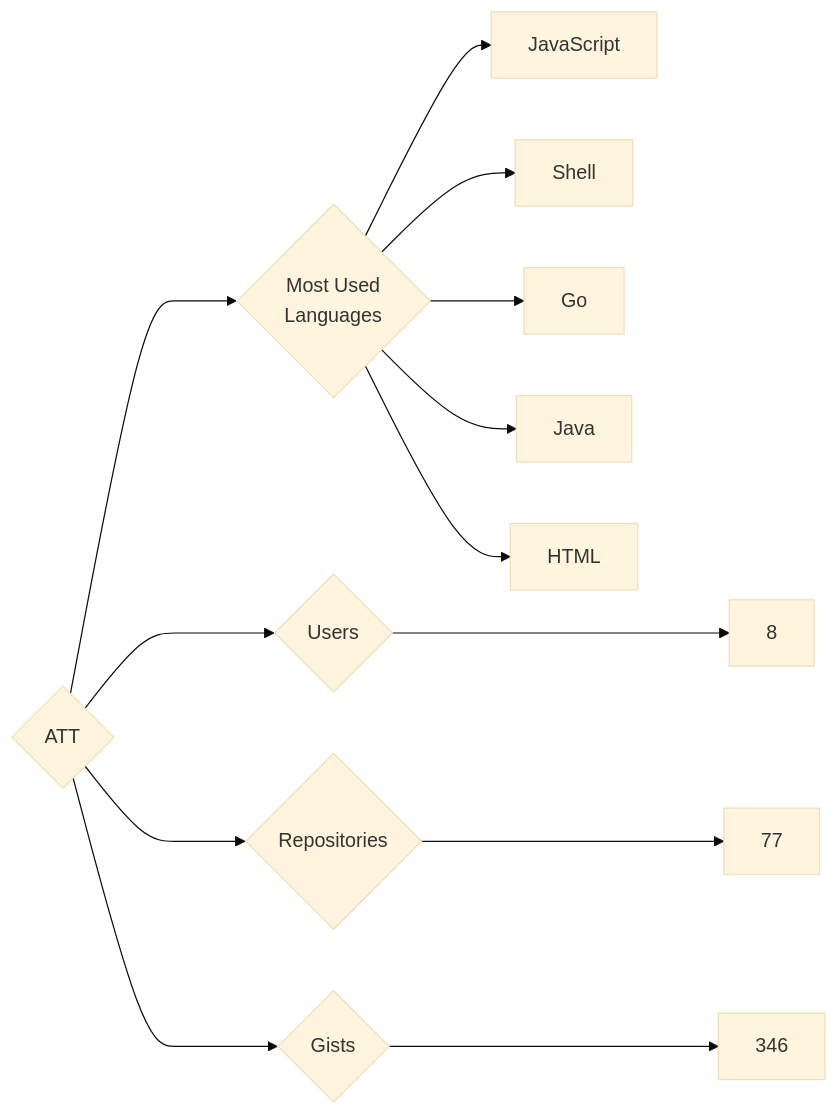
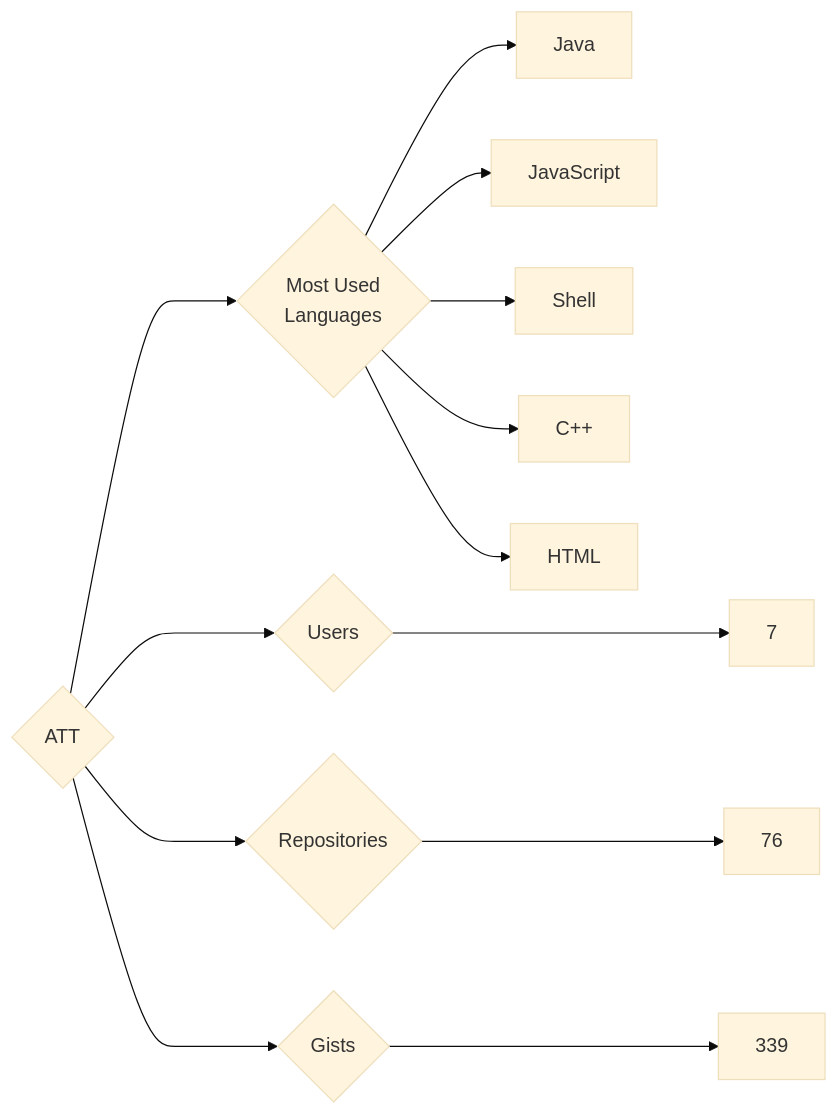
The diagram in targets/ATT/README.md (trickest/insiders), drawn with Mermaid (base theme) before and after one commit. The commit also changed 932 other files, not shown here.

````diff
--- a/targets/ATT/README.md
+++ b/targets/ATT/README.md
@@ -3,13 +3,13 @@
 ```mermaid
 graph LR
 COMPANY_NAME{ATT}
-COMPANY_NAME ---> U{Users} ---> UN[8]
-COMPANY_NAME ---> R{Repositories} ---> RN[77]
-COMPANY_NAME ---> G{Gists} ---> GN[346]
+COMPANY_NAME ---> U{Users} ---> UN[7]
+COMPANY_NAME ---> R{Repositories} ---> RN[76]
+COMPANY_NAME ---> G{Gists} ---> GN[339]
 COMPANY_NAME ---> ML{Most Used<br>Languages}
+ML --> Java[Java]
 ML --> JavaScript[JavaScript]
 ML --> Shell[Shell]
-ML --> Go[Go]
-ML --> Java[Java]
+ML --> C++[C++]
 ML --> HTML[HTML]
 ```
````
